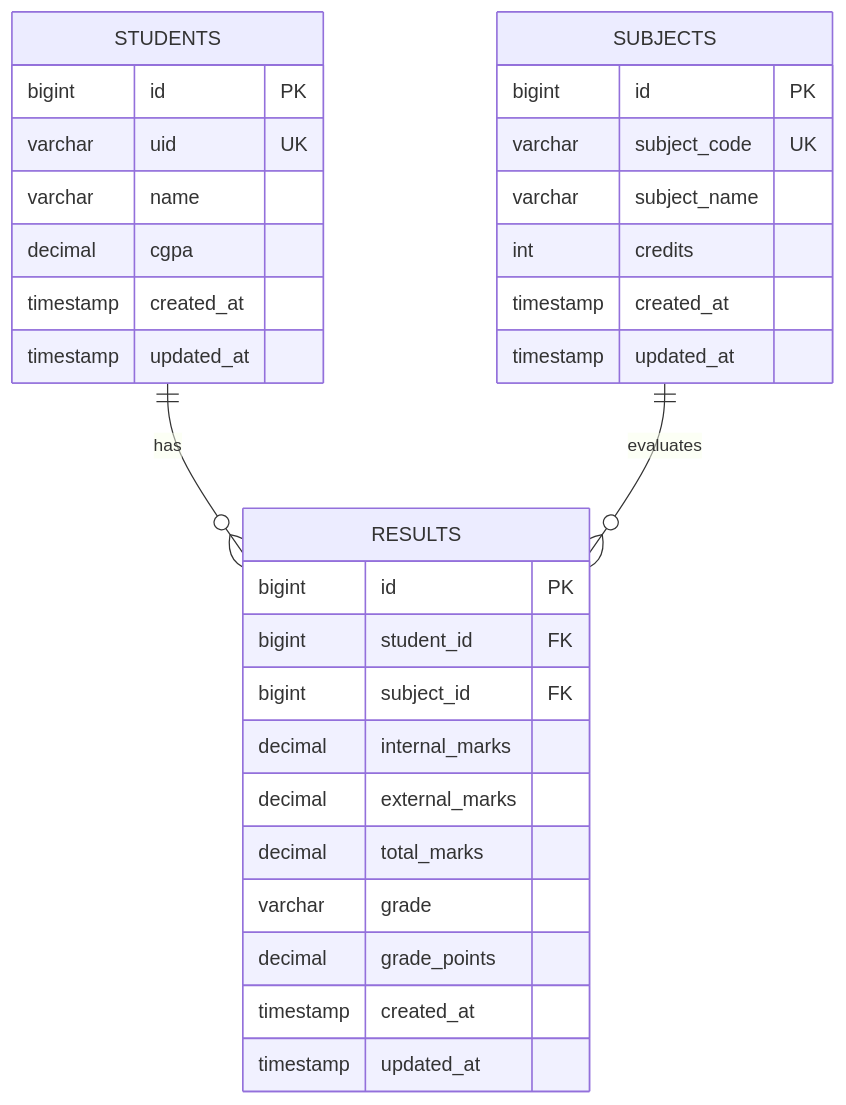
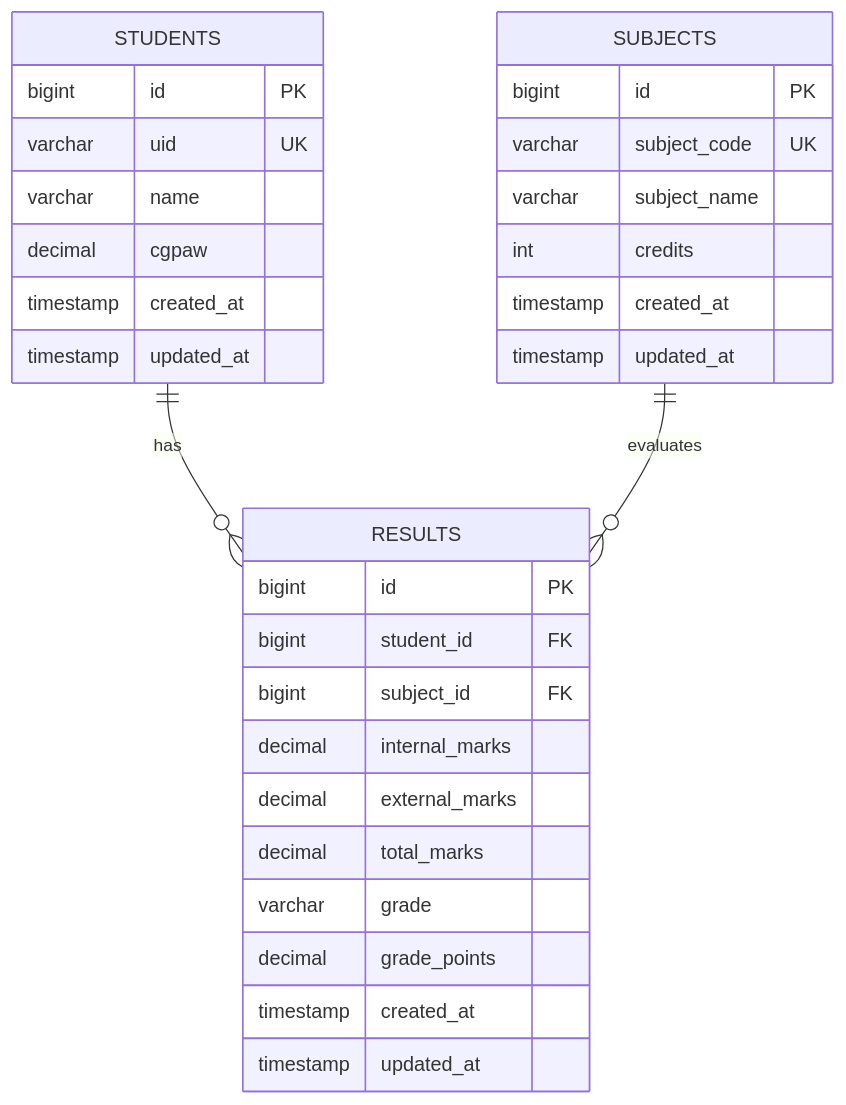
One commit to PrabhjotSinghUbhi/student-result-analysis-2.0 changed the diagram in report-assets/figure-2-er-diagram.mmd. Above: the diagram before and after it, drawn with Mermaid. The commit also changed 31 other files, not shown here.

```diff
--- a/report-assets/figure-2-er-diagram.mmd
+++ b/report-assets/figure-2-er-diagram.mmd
@@ -1,34 +1,34 @@
 erDiagram
     STUDENTS ||--o{ RESULTS : has
     SUBJECTS ||--o{ RESULTS : evaluates
 
     STUDENTS {
       bigint id PK
       varchar uid UK
       varchar name
-      decimal cgpa
+      decimal cgpaw
       timestamp created_at
       timestamp updated_at
     }
 
     SUBJECTS {
       bigint id PK
       varchar subject_code UK
       varchar subject_name
       int credits
       timestamp created_at
       timestamp updated_at
     }
 
     RESULTS {
       bigint id PK
       bigint student_id FK
       bigint subject_id FK
       decimal internal_marks
       decimal external_marks
       decimal total_marks
       varchar grade
       decimal grade_points
       timestamp created_at
       timestamp updated_at
     }
```
